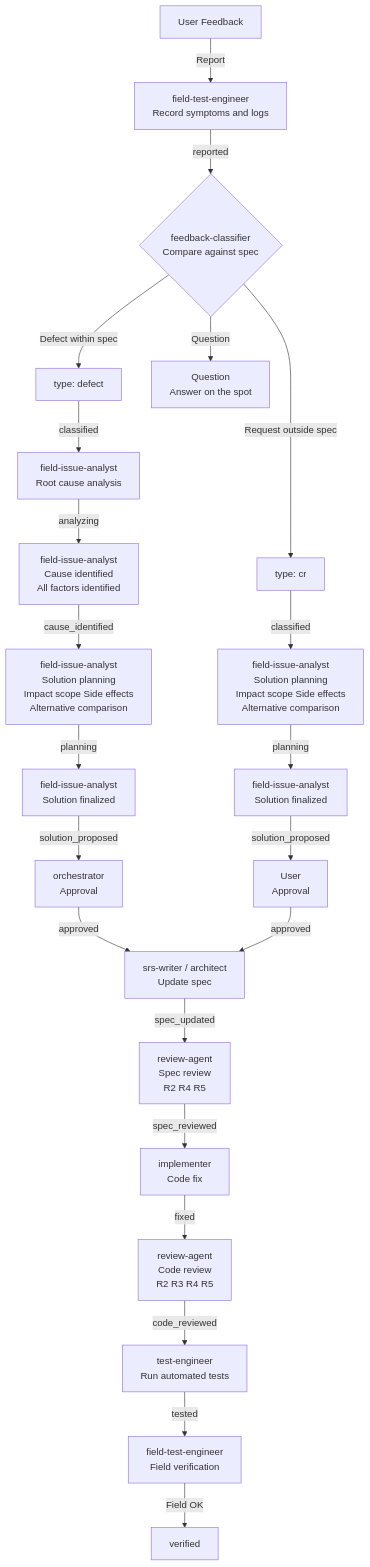
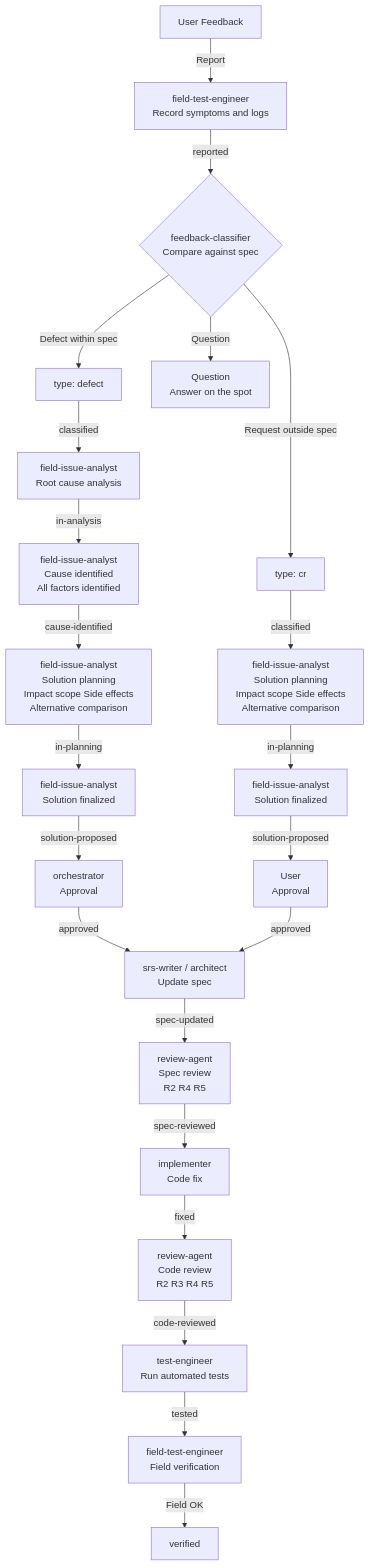
The diagram in process-rules/field-issue-handling-rules-en.md (GoodRelax/gr-sw-maker), drawn with Mermaid before and after one commit. The commit also changed other lines of this file and 8 other files, not shown here.

````diff
--- a/process-rules/field-issue-handling-rules-en.md
+++ b/process-rules/field-issue-handling-rules-en.md
@@ -59,52 +59,52 @@
 ```mermaid
 flowchart TD
     Start["User Feedback"]
     FTE["field-test-engineer<br/>Record symptoms and logs"]
     FC{"feedback-classifier<br/>Compare against spec"}
     DEF["type: defect"]
     CR["type: cr"]
     Q["Question<br/>Answer on the spot"]
 
     FIA_D1["field-issue-analyst<br/>Root cause analysis"]
     FIA_D2["field-issue-analyst<br/>Cause identified<br/>All factors identified"]
     FIA_D3["field-issue-analyst<br/>Solution planning<br/>Impact scope Side effects<br/>Alternative comparison"]
     FIA_D4["field-issue-analyst<br/>Solution finalized"]
 
     FIA_C1["field-issue-analyst<br/>Solution planning<br/>Impact scope Side effects<br/>Alternative comparison"]
     FIA_C2["field-issue-analyst<br/>Solution finalized"]
 
     ORC["orchestrator<br/>Approval"]
     USR["User<br/>Approval"]
     SPEC["srs-writer / architect<br/>Update spec"]
     SREV["review-agent<br/>Spec review<br/>R2 R4 R5"]
     IMP["implementer<br/>Code fix"]
     CREV["review-agent<br/>Code review<br/>R2 R3 R4 R5"]
     TE["test-engineer<br/>Run automated tests"]
     FTE2["field-test-engineer<br/>Field verification"]
     DONE["verified"]
 
     Start -->|"Report"| FTE
     FTE -->|"reported"| FC
     FC -->|"Defect within spec"| DEF
     FC -->|"Request outside spec"| CR
     FC -->|"Question"| Q
 
     DEF -->|"classified"| FIA_D1
-    FIA_D1 -->|"analyzing"| FIA_D2
-    FIA_D2 -->|"cause_identified"| FIA_D3
-    FIA_D3 -->|"planning"| FIA_D4
-    FIA_D4 -->|"solution_proposed"| ORC
+    FIA_D1 -->|"in-analysis"| FIA_D2
+    FIA_D2 -->|"cause-identified"| FIA_D3
+    FIA_D3 -->|"in-planning"| FIA_D4
+    FIA_D4 -->|"solution-proposed"| ORC
 
     CR -->|"classified"| FIA_C1
-    FIA_C1 -->|"planning"| FIA_C2
-    FIA_C2 -->|"solution_proposed"| USR
+    FIA_C1 -->|"in-planning"| FIA_C2
+    FIA_C2 -->|"solution-proposed"| USR
 
     ORC -->|"approved"| SPEC
     USR -->|"approved"| SPEC
-    SPEC -->|"spec_updated"| SREV
-    SREV -->|"spec_reviewed"| IMP
+    SPEC -->|"spec-updated"| SREV
+    SREV -->|"spec-reviewed"| IMP
     IMP -->|"fixed"| CREV
-    CREV -->|"code_reviewed"| TE
+    CREV -->|"code-reviewed"| TE
     TE -->|"tested"| FTE2
     FTE2 -->|"Field OK"| DONE
 ```
````
